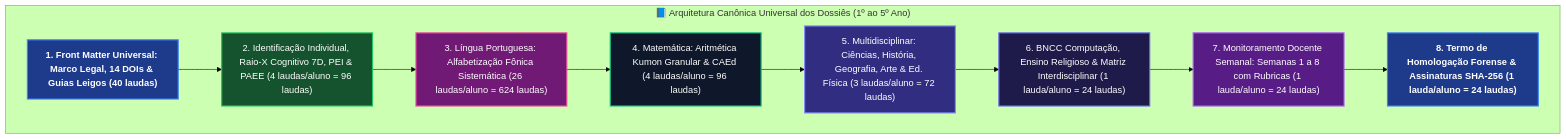
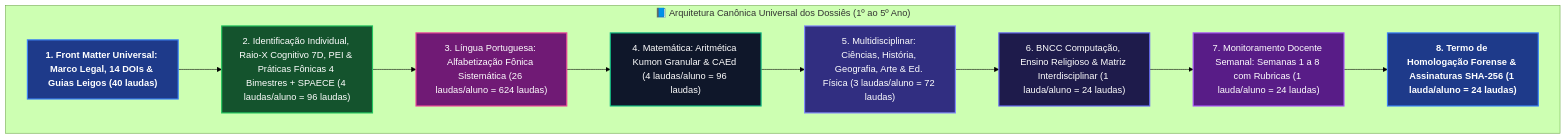
Before and after one commit to MarceloClaro/AiramVeras: the second of 17 diagrams in README.md, drawn with Mermaid (forest theme). The commit also changed other lines of this file and 7 other files, not shown here.

Commit message:
feat: purgar termo Ipu Mazagao e estruturar praticas diarias de leitura e fluencia fonica nos 4 bimestres com plano SPAECE e clusterizacao PAEE/PEI

````diff
--- a/README.md
+++ b/README.md
@@ -124,23 +127,23 @@
 ```mermaid
 graph TD
     classDef capBox fill:#1e3a8a,stroke:#3b82f6,stroke-width:2px,color:#ffffff,font-weight:bold;
     classDef sciBox fill:#0f172a,stroke:#10b981,stroke-width:2px,color:#ffffff;
     classDef legBox fill:#581c87,stroke:#a855f7,stroke-width:2px,color:#ffffff;
     classDef planBox fill:#1e1b4b,stroke:#6366f1,stroke-width:2px,color:#ffffff;
     classDef indBox fill:#14532d,stroke:#22c55e,stroke-width:2px,color:#ffffff;
     classDef pratBox fill:#701a75,stroke:#ec4899,stroke-width:2px,color:#ffffff;
     classDef multiBox fill:#312e81,stroke:#818cf8,stroke-width:2px,color:#ffffff;
 
     subgraph DOSSIE ["📘 Arquitetura Canônica Universal dos Dossiês (1º ao 5º Ano)"]
         S1["1. Front Matter Universal: Marco Legal, 14 DOIs & Guias Leigos (40 laudas)"]:::capBox
-        S2["2. Identificação Individual, Raio-X Cognitivo 7D, PEI & PAEE (4 laudas/aluno = 96 laudas)"]:::indBox
+        S2["2. Identificação Individual, Raio-X Cognitivo 7D, PEI & Práticas Fônicas 4 Bimestres + SPAECE (4 laudas/aluno = 96 laudas)"]:::indBox
         S3["3. Língua Portuguesa: Alfabetização Fônica Sistemática (26 laudas/aluno = 624 laudas)"]:::pratBox
         S4["4. Matemática: Aritmética Kumon Granular & CAEd (4 laudas/aluno = 96 laudas)"]:::sciBox
         S5["5. Multidisciplinar: Ciências, História, Geografia, Arte & Ed. Física (3 laudas/aluno = 72 laudas)"]:::multiBox
         S6["6. BNCC Computação, Ensino Religioso & Matriz Interdisciplinar (1 lauda/aluno = 24 laudas)"]:::planBox
         S7["7. Monitoramento Docente Semanal: Semanas 1 a 8 com Rubricas (1 lauda/aluno = 24 laudas)"]:::legBox
         S8["8. Termo de Homologação Forense & Assinaturas SHA-256 (1 lauda/aluno = 24 laudas)"]:::capBox
 
         S1 --> S2 --> S3 --> S4 --> S5 --> S6 --> S7 --> S8
     end
 ```
````
